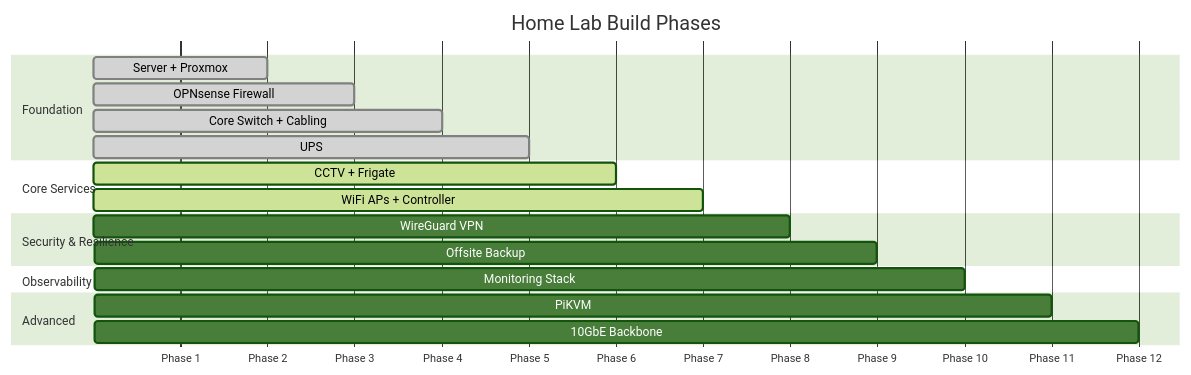
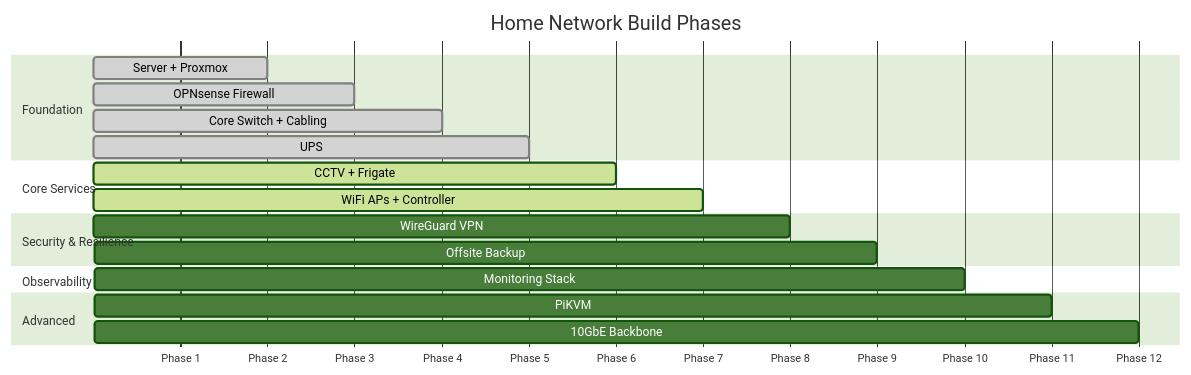
Before and after one commit to ScottJTaylor/Home-Network: the fourth of 4 diagrams in diagrams/network-topology.md, drawn with Mermaid (forest theme).

Commit message:
Update Gantt chart title for network build phases

````diff
--- a/diagrams/network-topology.md
+++ b/diagrams/network-topology.md
@@ -81,27 +81,27 @@
 ```mermaid
 gantt
-    title Home Lab Build Phases
+    title Home Network Build Phases
     dateFormat  X
     axisFormat  Phase %s
 
     section Foundation
     Server + Proxmox        :done, 1, 2
     OPNsense Firewall       :done, 2, 3
     Core Switch + Cabling   :done, 3, 4
     UPS                     :done, 4, 5
 
     section Core Services
     CCTV + Frigate          :active, 5, 6
     WiFi APs + Controller   :active, 6, 7
 
     section Security & Resilience
     WireGuard VPN           :7, 8
     Offsite Backup          :8, 9
 
     section Observability
     Monitoring Stack        :9, 10
 
     section Advanced
     PiKVM                   :10, 11
     10GbE Backbone          :11, 12
 ```
````
